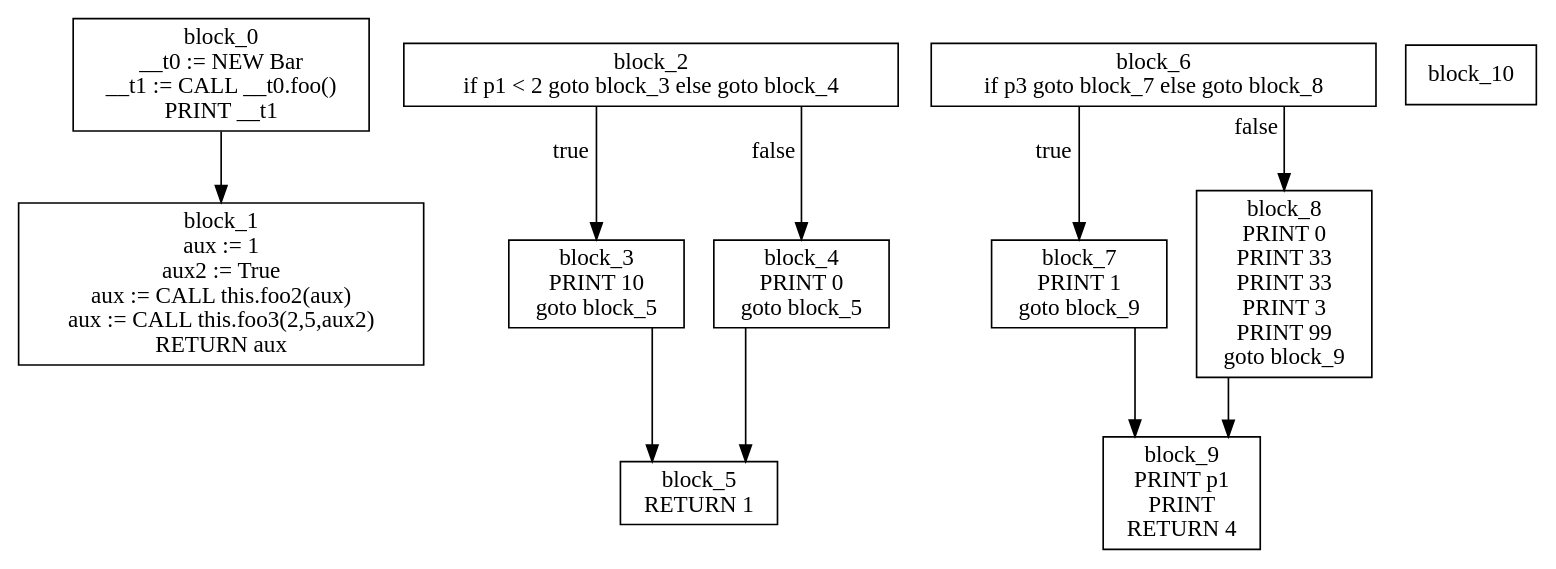
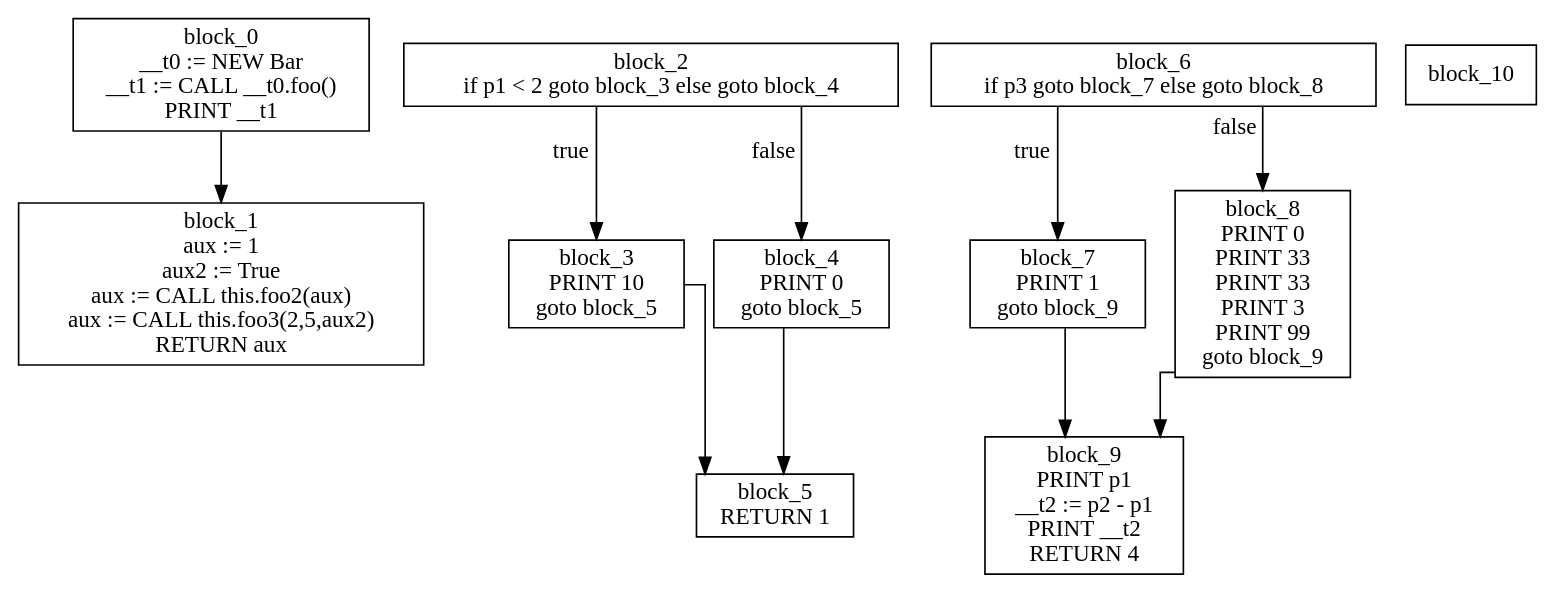
Before and after one commit to KarmaSora/Compiler: the diagram in gettingStarted/cfg.dot, drawn with Graphviz. The commit also changed 5 other files, not shown here.

```diff
--- a/gettingStarted/cfg.dot
+++ b/gettingStarted/cfg.dot
@@ -1,24 +1,24 @@
 digraph CFG {
 graph [splines=ortho];
 node [shape=box];
 block_0 -> block_1;
 block_0 [label="block_0\n__t0 := NEW Bar\n__t1 := CALL __t0.foo()\nPRINT __t1\n"];
 block_1 [label="block_1\naux := 1\naux2 := True\naux := CALL this.foo2(aux)\naux := CALL this.foo3(2,5,aux2)\nRETURN aux\n"];
 block_2 -> block_3 [xlabel="true"];
 block_2 -> block_4 [xlabel="false"];
 block_2 [label="block_2\nif p1 < 2 goto block_3 else goto block_4\n"];
 block_3 -> block_5;
 block_3 [label="block_3\nPRINT 10\ngoto block_5\n"];
 block_4 -> block_5;
 block_4 [label="block_4\nPRINT 0\ngoto block_5\n"];
 block_5 [label="block_5\nRETURN 1\n"];
 block_6 -> block_7 [xlabel="true"];
 block_6 -> block_8 [xlabel="false"];
 block_6 [label="block_6\nif p3 goto block_7 else goto block_8\n"];
 block_7 -> block_9;
 block_7 [label="block_7\nPRINT 1\ngoto block_9\n"];
 block_8 -> block_9;
 block_8 [label="block_8\nPRINT 0\nPRINT 33\nPRINT 33\nPRINT 3\nPRINT 99\ngoto block_9\n"];
-block_9 [label="block_9\nPRINT p1\nPRINT \nRETURN 4\n"];
+block_9 [label="block_9\nPRINT p1\n__t2 := p2 - p1\nPRINT __t2\nRETURN 4\n"];
 block_10 [label="block_10\n"];
 }
```
